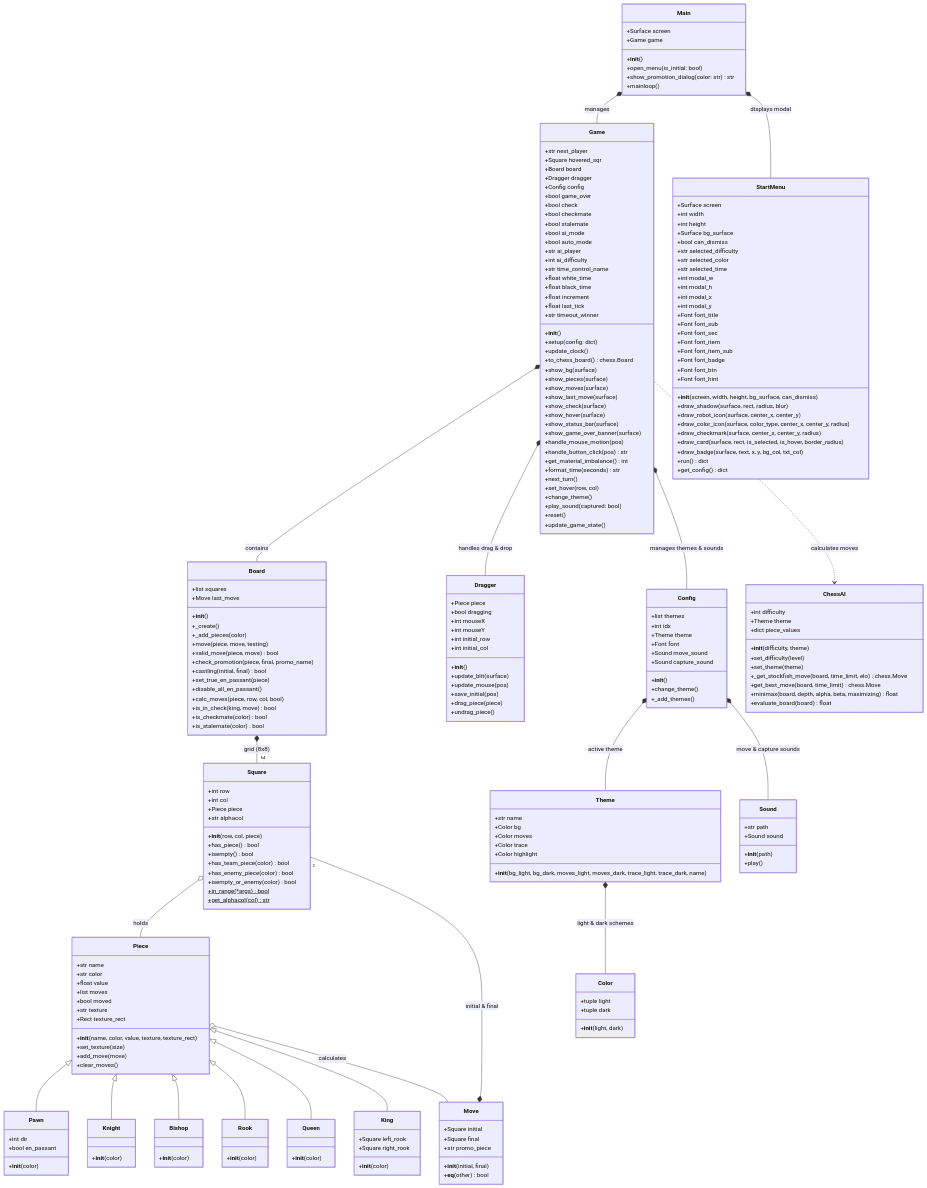
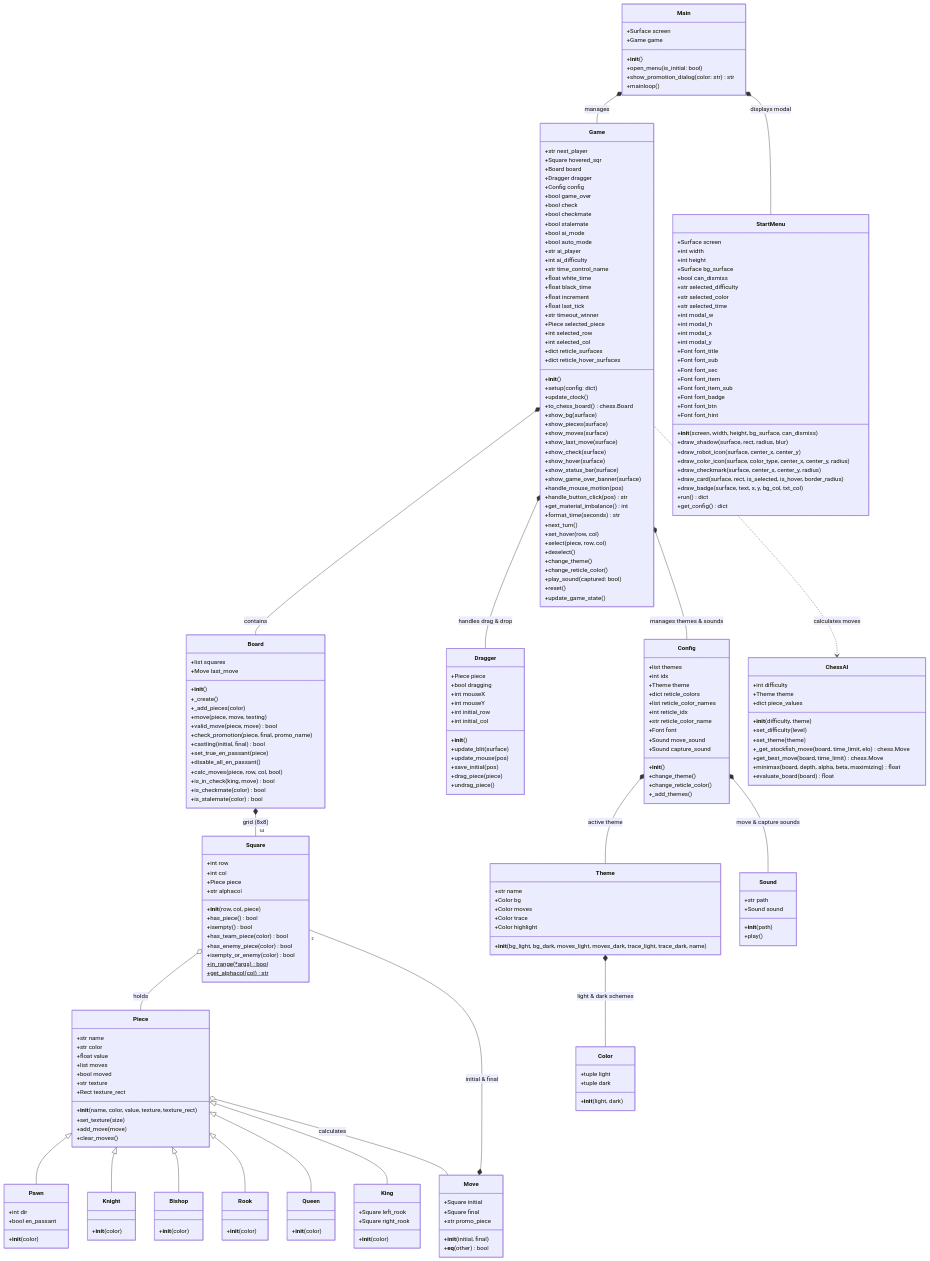
One commit to Rohitkumar-3103/Chess-AI changed the first of 2 diagrams in CLASS_DIAGRAM.md. Above: the diagram before and after it, drawn with Mermaid. The commit also changed 1 other file, not shown here.

Commit message:
docs: update project structure and class specifications for reticle selection

```diff
--- a/CLASS_DIAGRAM.md
+++ b/CLASS_DIAGRAM.md
@@ -69,6 +69,11 @@
         +float increment
         +float last_tick
         +str timeout_winner
+        +Piece selected_piece
+        +int selected_row
+        +int selected_col
+        +dict reticle_surfaces
+        +dict reticle_hover_surfaces
         +__init__()
         +setup(config: dict)
         +update_clock()
@@ -87,7 +92,10 @@
         +format_time(seconds) str
         +next_turn()
         +set_hover(row, col)
+        +select(piece, row, col)
+        +deselect()
         +change_theme()
+        +change_reticle_color()
         +play_sound(captured: bool)
         +reset()
         +update_game_state()
@@ -208,11 +216,16 @@
         +list themes
         +int idx
         +Theme theme
+        +dict reticle_colors
+        +list reticle_color_names
+        +int reticle_idx
+        +str reticle_color_name
         +Font font
         +Sound move_sound
         +Sound capture_sound
         +__init__()
         +change_theme()
+        +change_reticle_color()
         +_add_themes()
     }
 
```
